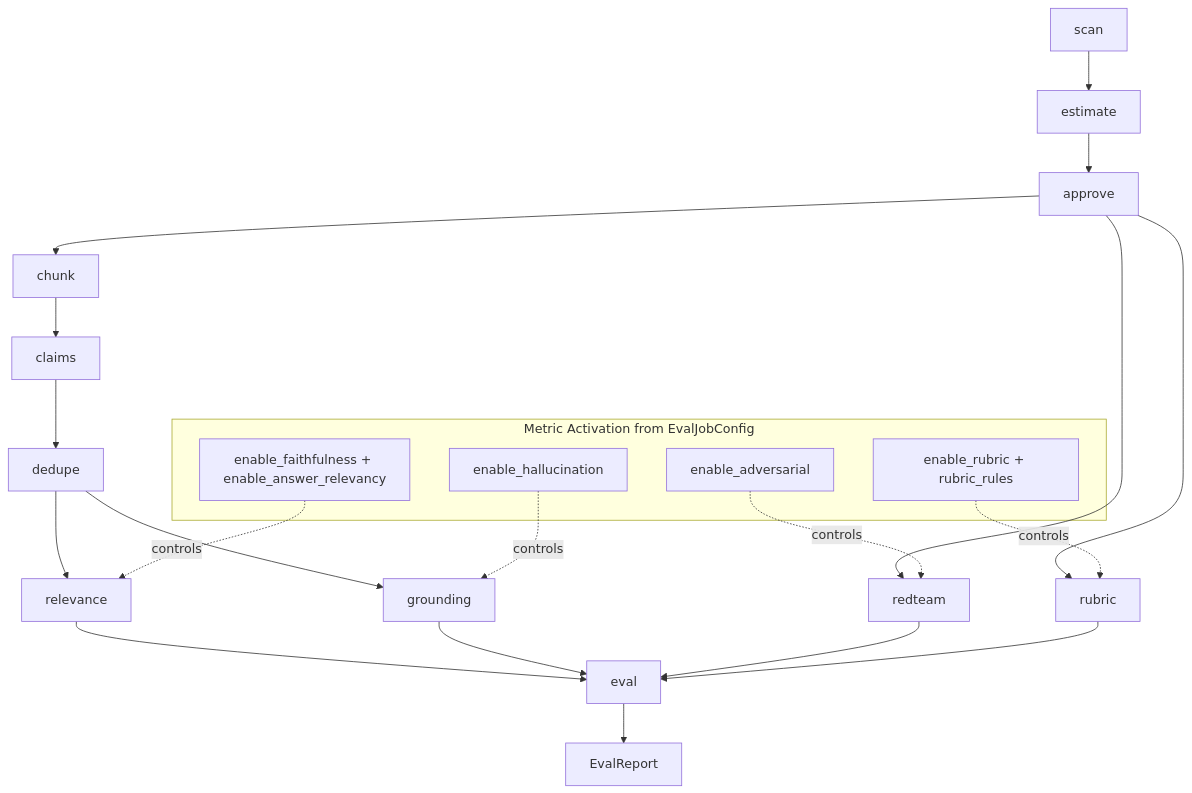
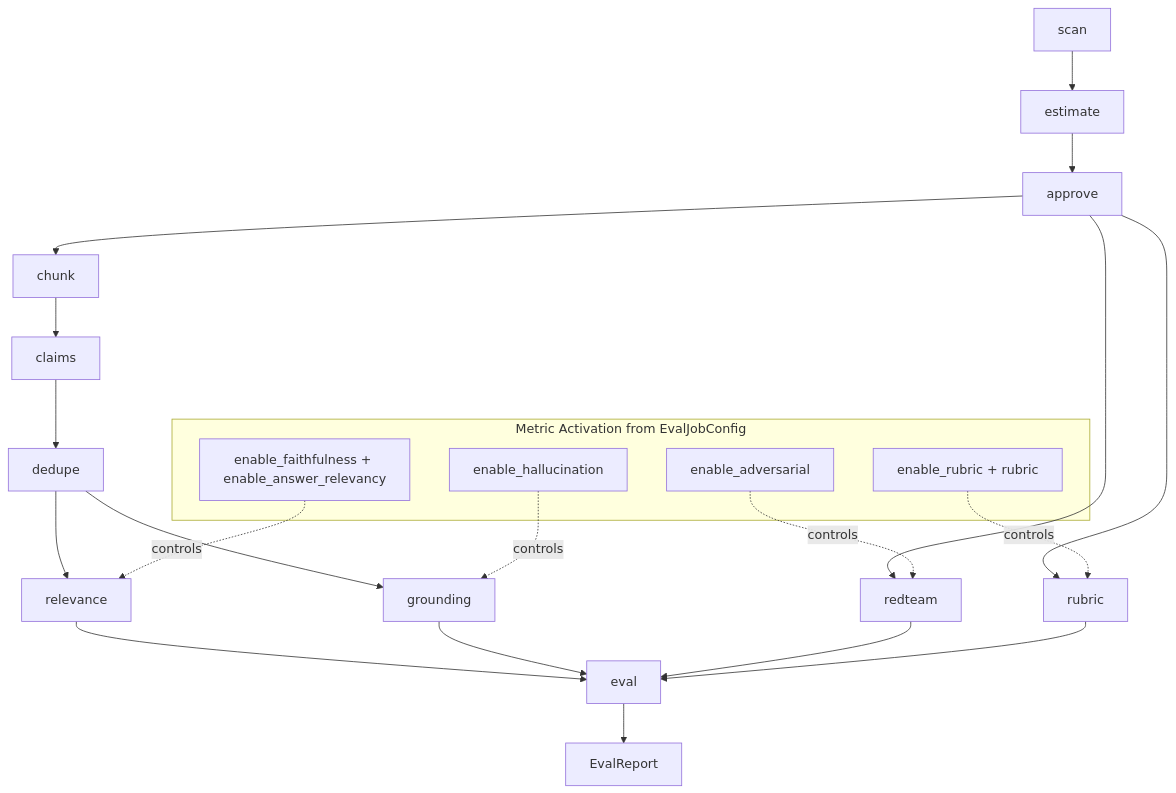
The second of 5 diagrams in docs/architecture.md (harnexa/nexa-gauge), drawn with Mermaid before and after one commit. The commit also changed other lines of this file and 25 other files, not shown here.

````diff
--- a/docs/architecture.md
+++ b/docs/architecture.md
@@ -58,31 +58,31 @@
 ```mermaid
 flowchart TD
   N1["scan"] --> N2["estimate"]
   N2 --> N3["approve"]
   N3 --> N4["chunk"]
   N4 --> N5["claims"]
   N5 --> N6["dedupe"]
   
   N6 --> M1["relevance"]
   N6 --> M2["grounding"]
   N3 --> M3["redteam"]
   N3 --> M4["rubric"]
 
   M1 --> N8["eval"]
   M2 --> N8
   M3 --> N8
   M4 --> N8
   N8 --> N9["EvalReport"]
 
   subgraph CFG["Metric Activation from EvalJobConfig"]
     C1["enable_faithfulness + enable_answer_relevancy"]
     C2["enable_hallucination"]
     C3["enable_adversarial"]
-    C4["enable_rubric + rubric_rules"]
+    C4["enable_rubric + rubric"]
   end
 
   C1 -.controls.-> M1
   C2 -.controls.-> M2
   C3 -.controls.-> M3
   C4 -.controls.-> M4
 ```
````
